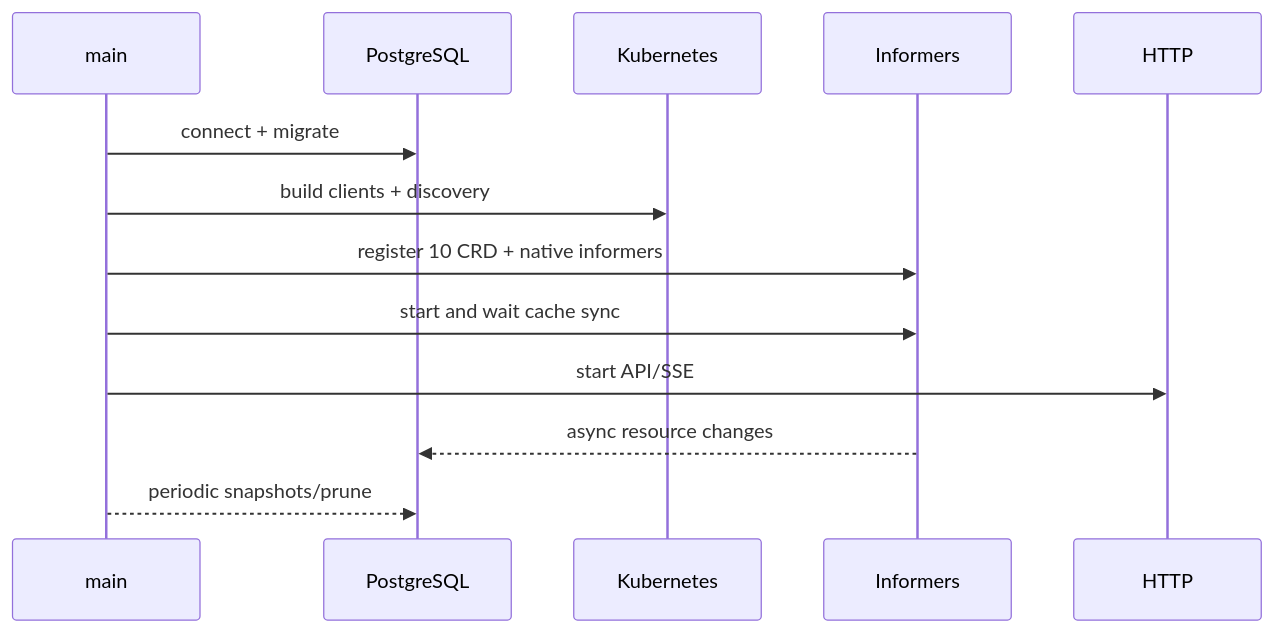
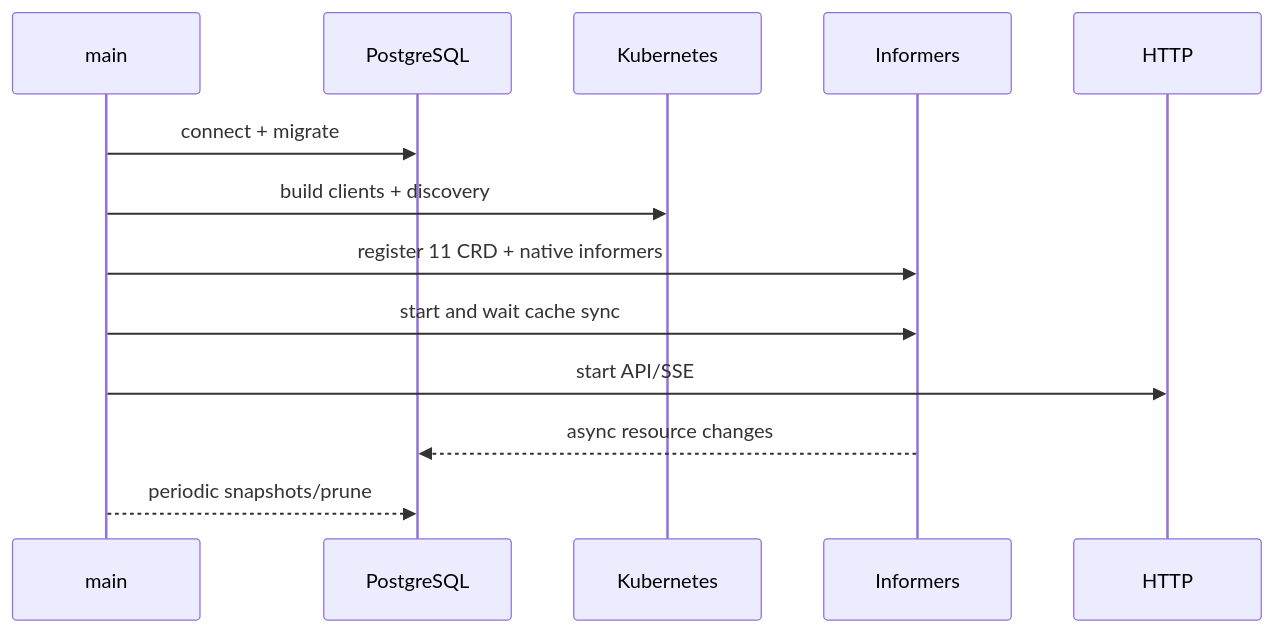
Before and after one commit to 3900563672/hello-k8s-ai: the second of 2 diagrams in docs/backend/BACKEND_ARCHITECTURE.md, drawn with Mermaid. The commit also changed other lines of this file and 86 other files, not shown here.

````diff
--- a/docs/backend/BACKEND_ARCHITECTURE.md
+++ b/docs/backend/BACKEND_ARCHITECTURE.md
@@ -40,15 +40,15 @@
 ```mermaid
 sequenceDiagram
   participant M as main
   participant DB as PostgreSQL
   participant K as Kubernetes
   participant I as Informers
   participant H as HTTP
   M->>DB: connect + migrate
   M->>K: build clients + discovery
-  M->>I: register 10 CRD + native informers
+  M->>I: register 11 CRD + native informers
   M->>I: start and wait cache sync
   M->>H: start API/SSE
   I-->>DB: async resource changes
   M-->>DB: periodic snapshots/prune
 ```
````
